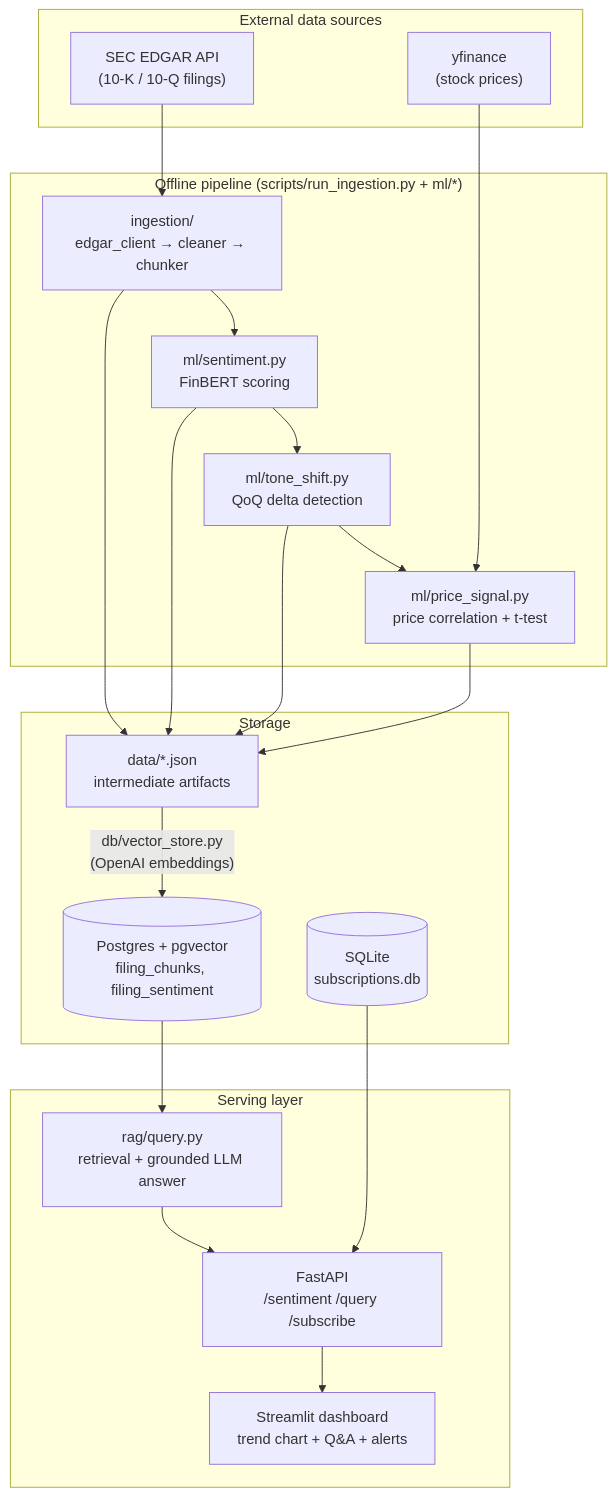
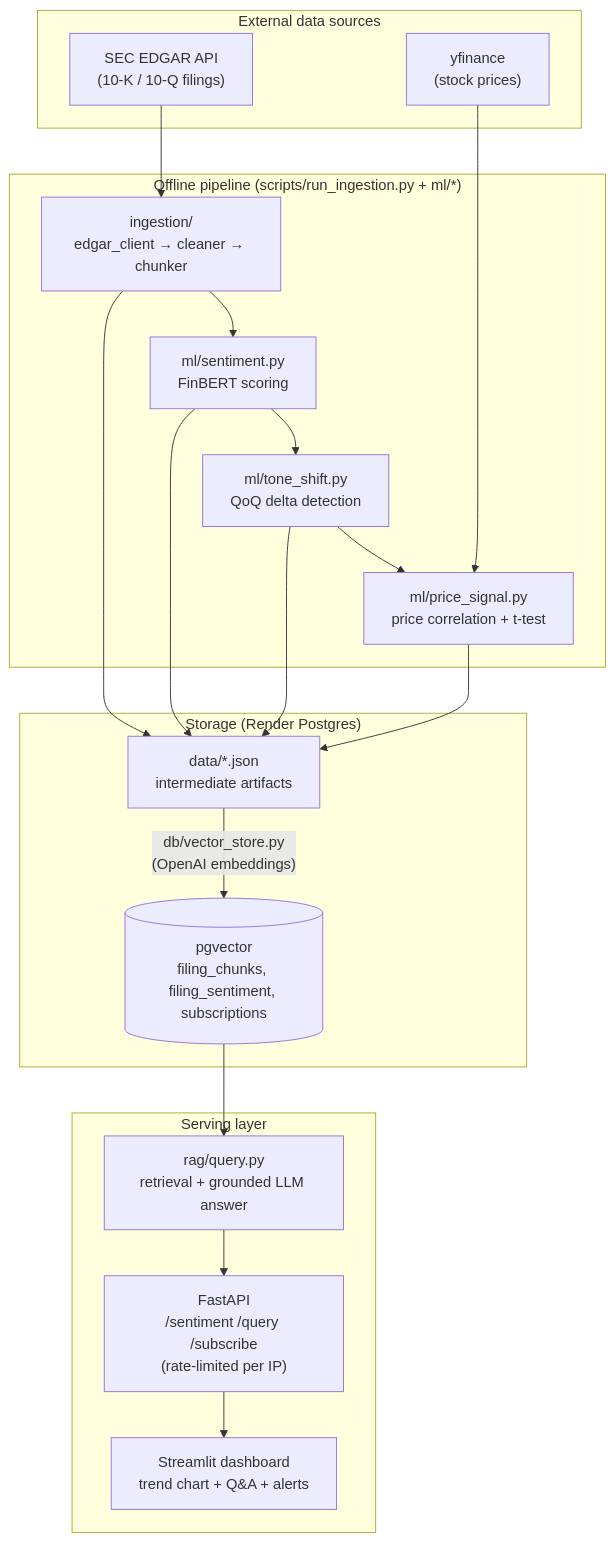
One commit to Yashwanth-Kumar-Kotla/FilingPulse changed the first of 3 diagrams in README.md. Above: the diagram before and after it, drawn with Mermaid. The commit also changed other lines of this file, not shown here.

Commit message:
feat: Update README with live app details, deployment instructions, and rate limiting information for API endpoints

````diff
--- a/README.md
+++ b/README.md
@@ -27,36 +30,33 @@
 ```mermaid
 flowchart TB
     subgraph external["External data sources"]
         EDGAR["SEC EDGAR API\n(10-K / 10-Q filings)"]
         YF["yfinance\n(stock prices)"]
     end
 
     subgraph pipeline["Offline pipeline (scripts/run_ingestion.py + ml/*)"]
         ING["ingestion/\nedgar_client → cleaner → chunker"]
         SENT["ml/sentiment.py\nFinBERT scoring"]
         SHIFT["ml/tone_shift.py\nQoQ delta detection"]
         PRICE["ml/price_signal.py\nprice correlation + t-test"]
     end
 
-    subgraph storage["Storage"]
-        PG[("Postgres + pgvector\nfiling_chunks, filing_sentiment")]
-        SQLITE[("SQLite\nsubscriptions.db")]
+    subgraph storage["Storage (Render Postgres)"]
+        PG[("pgvector\nfiling_chunks, filing_sentiment, subscriptions")]
         JSON["data/*.json\nintermediate artifacts"]
     end
 
     subgraph serving["Serving layer"]
         RAG["rag/query.py\nretrieval + grounded LLM answer"]
-        API["FastAPI\n/sentiment /query /subscribe"]
+        API["FastAPI\n/sentiment /query /subscribe\n(rate-limited per IP)"]
         UI["Streamlit dashboard\ntrend chart + Q&A + alerts"]
     end
 
     EDGAR --> ING --> JSON
     ING --> SENT --> JSON
     SENT --> SHIFT --> JSON
     SHIFT --> PRICE --> JSON
     YF --> PRICE
     JSON -->|"db/vector_store.py\n(OpenAI embeddings)"| PG
-    PG --> RAG --> API
-    SQLITE --> API
-    API --> UI
+    PG --> RAG --> API --> UI
 ```
````
